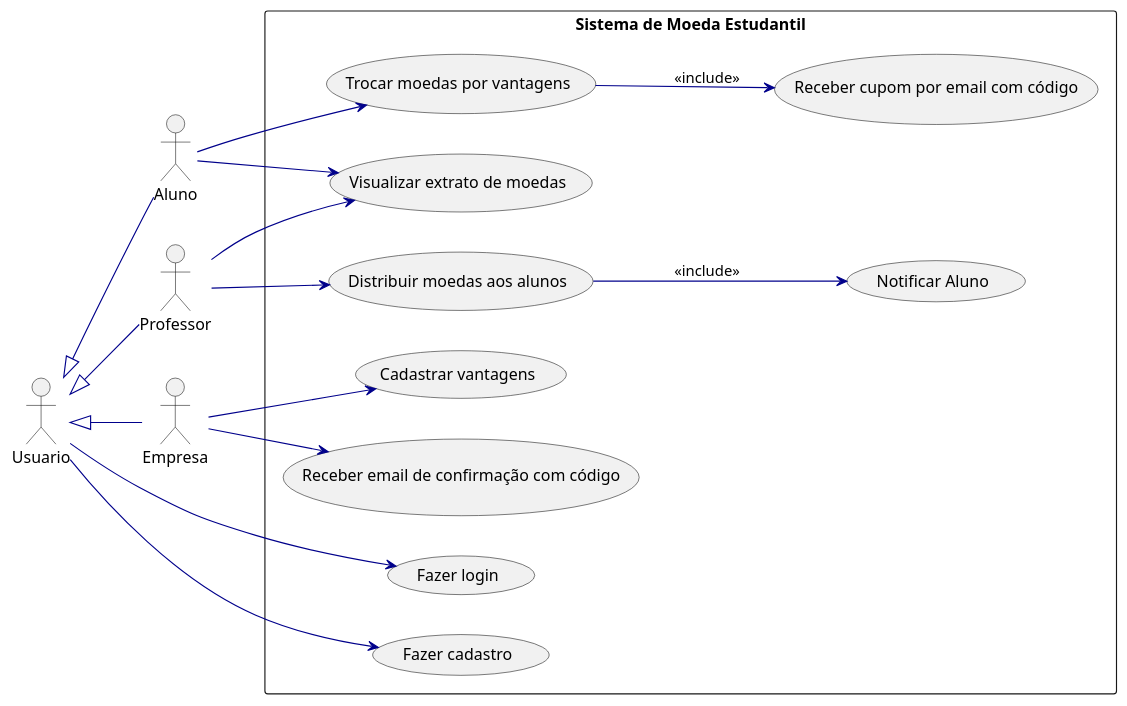
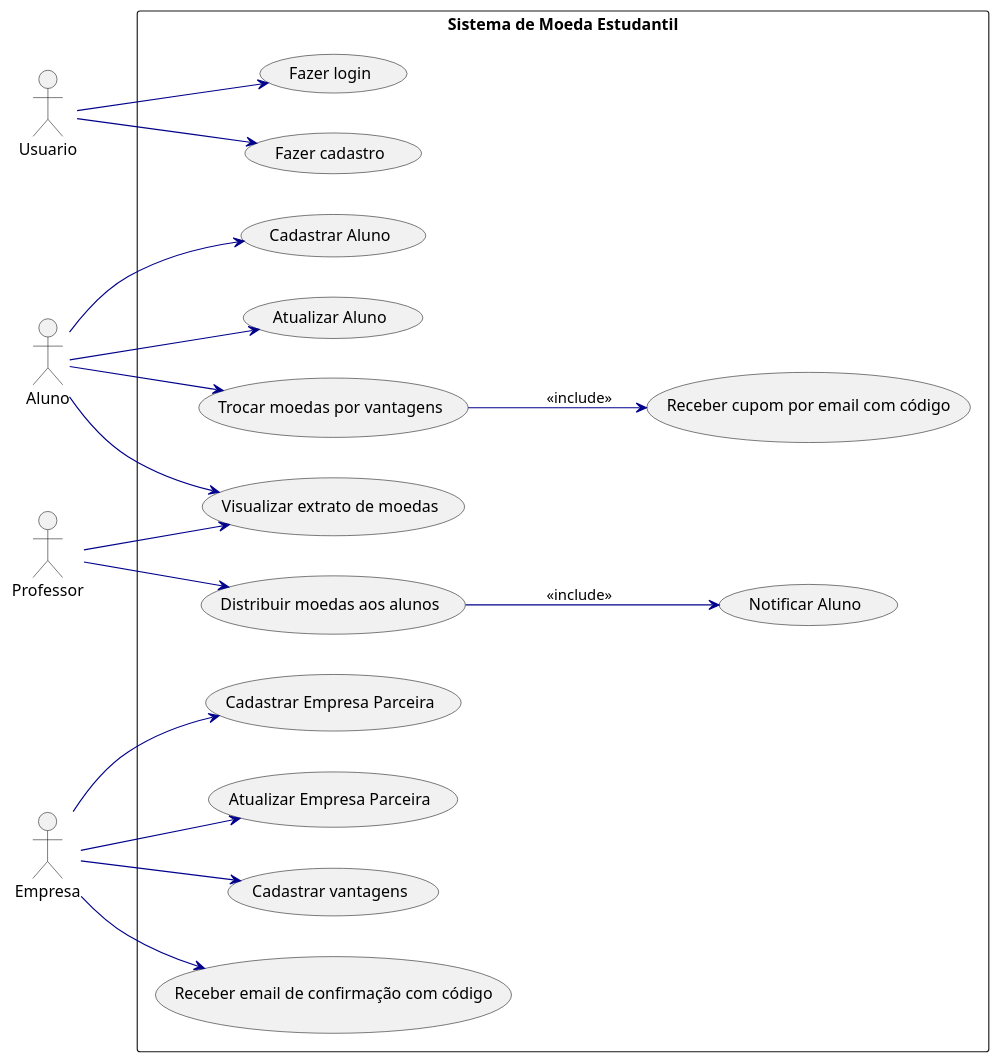
One commit to hegdt/lds-3 changed the diagram in project/code/usecase.puml. Above: the diagram before and after it, drawn with PlantUML.

```diff
--- a/project/code/usecase.puml
+++ b/project/code/usecase.puml
@@ -1,56 +1,52 @@
 @startuml
 left to right direction
 skinparam packageStyle rectangle
 skinparam usecase {
   ArrowColor DarkBlue
   ActorBorderColor black
   ActorFontStyle bold
   UsecaseBorderColor Navy
   UsecaseFontColor DarkBlue
 }
 
 actor Usuario
 actor Aluno
 actor Professor
 actor Empresa
 
 package "Sistema de Moeda Estudantil" {
 
   usecase "Fazer login" as UC_Login
-  usecase "Fazer cadastro" as UC_CadAluno
+  usecase "Fazer cadastro" as UC_CadUsuario
+  usecase "Cadastrar Aluno" as UC_CadAluno
+  usecase "Atualizar Aluno" as UC_UpdAluno
+  usecase "Cadastrar Empresa Parceira" as UC_CadEmpresa
+  usecase "Atualizar Empresa Parceira" as UC_UpdEmpresa
   usecase "Visualizar extrato de moedas" as UC_Extrato
   usecase "Trocar moedas por vantagens" as UC_TrocaMoedas
   usecase "Receber cupom por email com código" as UC_EmailCupom
   usecase "Notificar Aluno" as UC_ReceberMoedas
-
   usecase "Distribuir moedas aos alunos" as UC_DistribuirMoedas
   usecase "Cadastrar vantagens" as UC_CadVantagem
   usecase "Receber email de confirmação com código" as UC_ConfirmacaoParceiro
 }
 
-Usuario <|-- Aluno
-Usuario <|-- Professor
-Usuario <|-- Empresa
-
 Usuario --> UC_Login
-Usuario --> UC_CadAluno
-
-' Casos de uso do Aluno
-
+Usuario --> UC_CadUsuario
+Aluno --> UC_CadAluno
+Aluno --> UC_UpdAluno
 Aluno --> UC_Extrato
 Aluno --> UC_TrocaMoedas
 
-' Casos de uso do Professor
 Professor --> UC_DistribuirMoedas
 Professor --> UC_Extrato
 
-' Casos de uso da Empresa
+Empresa --> UC_CadEmpresa
+Empresa --> UC_UpdEmpresa
 Empresa --> UC_CadVantagem
 Empresa --> UC_ConfirmacaoParceiro
 
-
-' Relações include
 UC_TrocaMoedas --> UC_EmailCupom : <<include>>
 UC_DistribuirMoedas --> UC_ReceberMoedas : <<include>>
 
 @enduml
```
